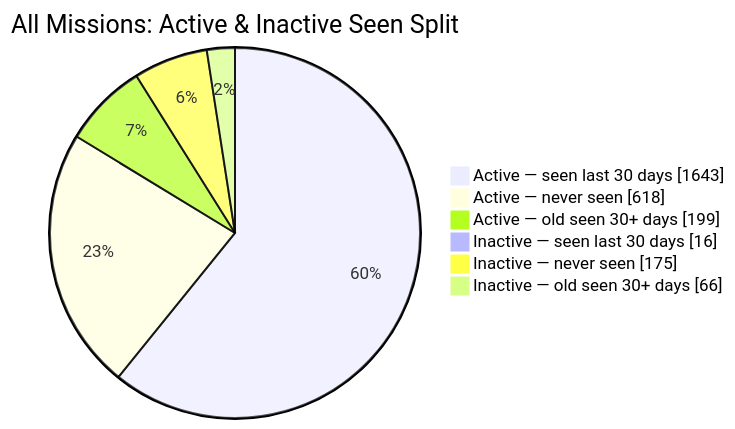
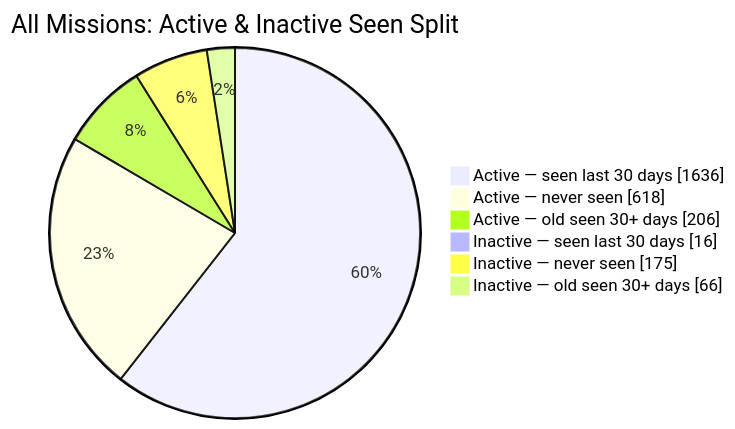
One commit to MeldkamerspelGameTeam/active-missions changed the second of 2 diagrams in README.md. Above: the diagram before and after it, drawn with Mermaid. The commit also changed other lines of this file and 3 other files, not shown here.

````diff
--- a/README.md
+++ b/README.md
@@ -44,10 +44,10 @@
 ```mermaid
 pie showData
     title All Missions: Active & Inactive Seen Split
-    "Active — seen last 30 days" : 1643
+    "Active — seen last 30 days" : 1636
     "Active — never seen" : 618
-    "Active — old seen 30+ days" : 199
+    "Active — old seen 30+ days" : 206
     "Inactive — seen last 30 days" : 16
     "Inactive — never seen" : 175
     "Inactive — old seen 30+ days" : 66
 ```
````
